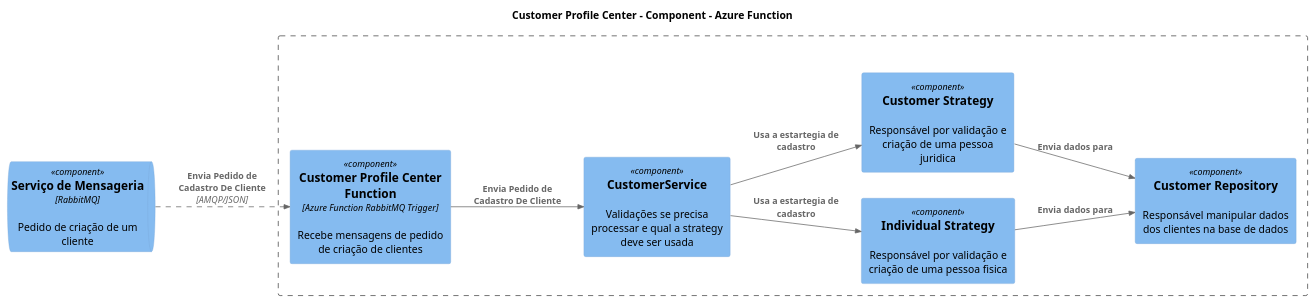
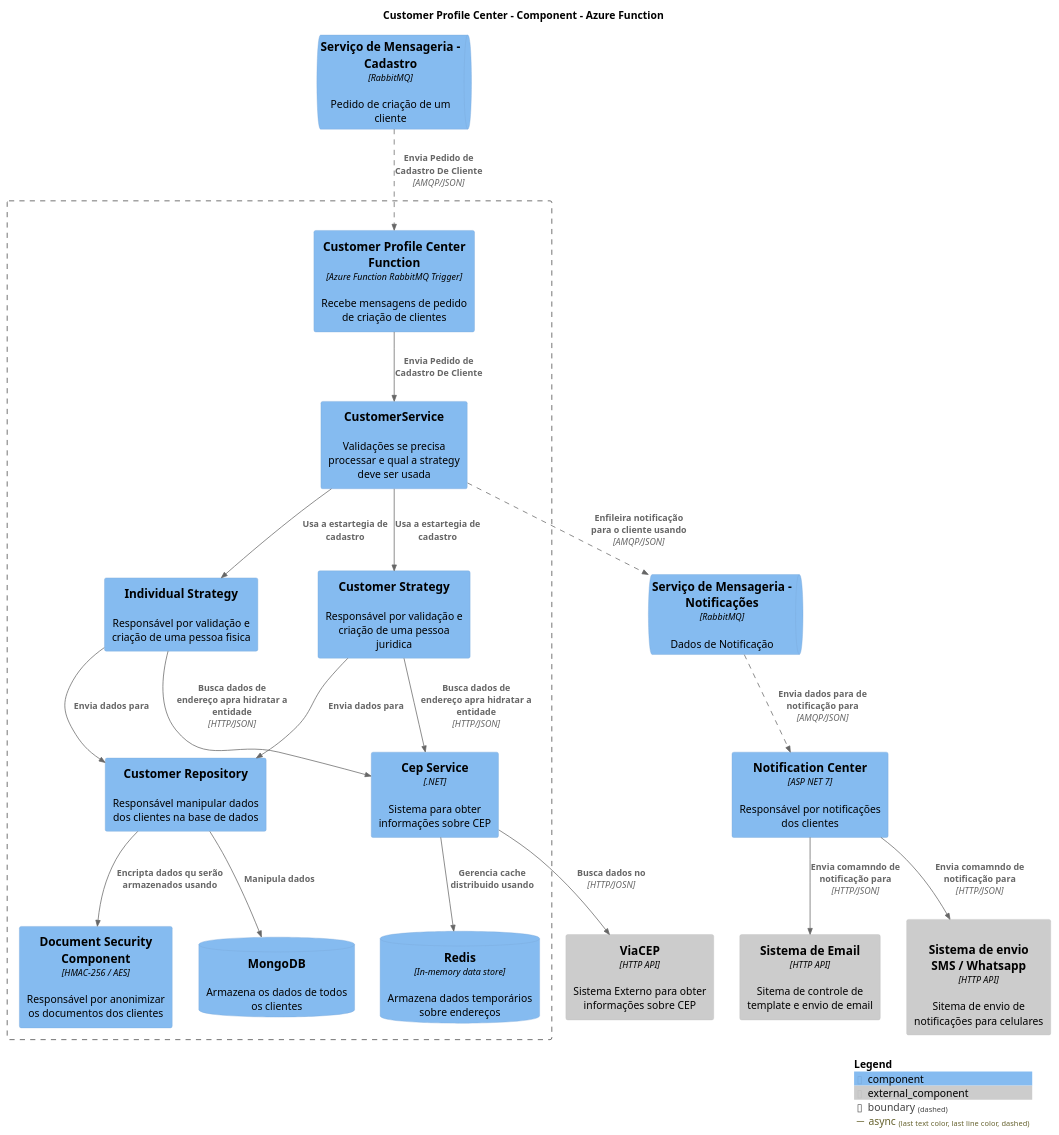
Before and after one commit to CristianoRC/CustomerProfileCenter: the diagram in Docs/3 - Componente/Component-Function.puml, drawn with PlantUML. The commit also changed 1 other file, not shown here.

Commit message:
Adiciona diagrama de componente

```diff
--- a/Docs/3 - Componente/Component-Function.puml
+++ b/Docs/3 - Componente/Component-Function.puml
@@ -1,34 +1,59 @@
 @startuml container
 !include https://raw.githubusercontent.com/plantuml-stdlib/C4-PlantUML/master/C4_Container.puml
 !include https://raw.githubusercontent.com/plantuml-stdlib/C4-PlantUML/master/C4_Context.puml
 !include https://raw.githubusercontent.com/plantuml-stdlib/C4-PlantUML/master/C4_Component.puml
 
-LAYOUT_LANDSCAPE()
 TITLE Customer Profile Center - Component - Azure Function
 
 AddRelTag("async", $lineStyle= DashedLine())
 
-ComponentQueue(rabbitCustomer, "Serviço de Mensageria", "RabbitMQ", "Pedido de criação de um cliente")
+ComponentQueue(rabbitCustomer, "Serviço de Mensageria - Cadastro", "RabbitMQ", "Pedido de criação de um cliente")
+Component_Ext(viaCep, "ViaCEP", "HTTP API", "Sistema Externo para obter informações sobre CEP")
 
 Boundary(customerProfileCenterBoundary, "") {
     Component(azureFunction, "Customer Profile Center Function", "Azure Function RabbitMQ Trigger", "Recebe mensagens de pedido de criação de clientes")
     Component(customerService, "CustomerService", "", "Validações se precisa processar e qual a strategy deve ser usada")
     Component(individualStrategy, "Individual Strategy", "", "Responsável por validação e criação de uma pessoa fisica")
     Component(companyStrategy, "Customer Strategy", "", "Responsável por validação e criação de uma pessoa juridica")
-    Component(customerReposity, "Customer Repository", "", "Responsável manipular dados dos clientes na base de dados")
-    
-    'Parte de obter CEP
-    'Parte de email
+    Component(customerRepository, "Customer Repository", "", "Responsável manipular dados dos clientes na base de dados")
+    Component(documentSecurity, "Document Security Component", "HMAC-256 / AES", "Responsável por anonimizar os documentos dos clientes")
+    ComponentDb(mongoDb, "MongoDB", "", "Armazena os dados de todos os clientes")
+    Component(cepService, "Cep Service", ".NET", "Sistema para obter informações sobre CEP")
+    ComponentDb(redis, "Redis", "In-memory data store", "Armazena dados temporários sobre endereços")
+
 }
 
-'Relacionamento Da Function
+Component(notificationCenter, "Notification Center", "ASP NET 7",  "Responsável por notificações dos clientes")
+Component_Ext(emailService, "Sistema de Email", "HTTP API", "Sitema de controle de template e envio de email")
+Component_Ext(phoneService, "Sistema de envio \n SMS / Whatsapp", "HTTP API", "Sitema de envio de notificações para celulares", "HTTP/JSON")
+ComponentQueue(rabbitMqNotification, "Serviço de Mensageria - Notificações", "RabbitMQ", "Dados de Notificação")
+
+'Relacionamentos Notification Center
+Rel(rabbitMqNotification, notificationCenter , "Envia dados para de notificação para", "AMQP/JSON", $tags = "async")
+Rel(customerService, rabbitMqNotification, "Enfileira notificação para o cliente usando", "AMQP/JSON", $tags = "async")
+Rel(notificationCenter, emailService , "Envia comamndo de notificação para", "HTTP/JSON",)
+Rel(notificationCenter, phoneService , "Envia comamndo de notificação para", "HTTP/JSON")
+
+'Relacionamentos Da Function
 Rel(rabbitCustomer, azureFunction , "Envia Pedido de Cadastro De Cliente", "AMQP/JSON", $tags = "async")
 Rel(azureFunction, customerService , "Envia Pedido de Cadastro De Cliente", "")
 
 'Relacionamentos CustomerService
 Rel(customerService , individualStrategy, "Usa a estartegia de cadastro", "")
 Rel(customerService , companyStrategy, "Usa a estartegia de cadastro", "")
-Rel(companyStrategy , customerReposity, "Envia dados para", "")
-Rel(individualStrategy , customerReposity, "Envia dados para", "")
+
+'Relacionamentos Repository
+Rel(companyStrategy , customerRepository, "Envia dados para", "")
+Rel(individualStrategy , customerRepository, "Envia dados para", "")
+Rel(customerRepository, mongoDb, "Manipula dados")
+Rel(customerRepository, documentSecurity, "Encripta dados qu serão armazenados usando")
+
+'Relacionamento CEP
+Rel(companyStrategy , cepService, "Busca dados de endereço apra hidratar a entidade", "HTTP/JSON")
+Rel(individualStrategy , cepService, "Busca dados de endereço apra hidratar a entidade", "HTTP/JSON")
+Rel(cepService, viaCep, "Busca dados no", "HTTP/JOSN")
+Rel(cepService, redis, "Gerencia cache distribuido usando", "")
+
+SHOW_LEGEND()
 
 @enduml
```
